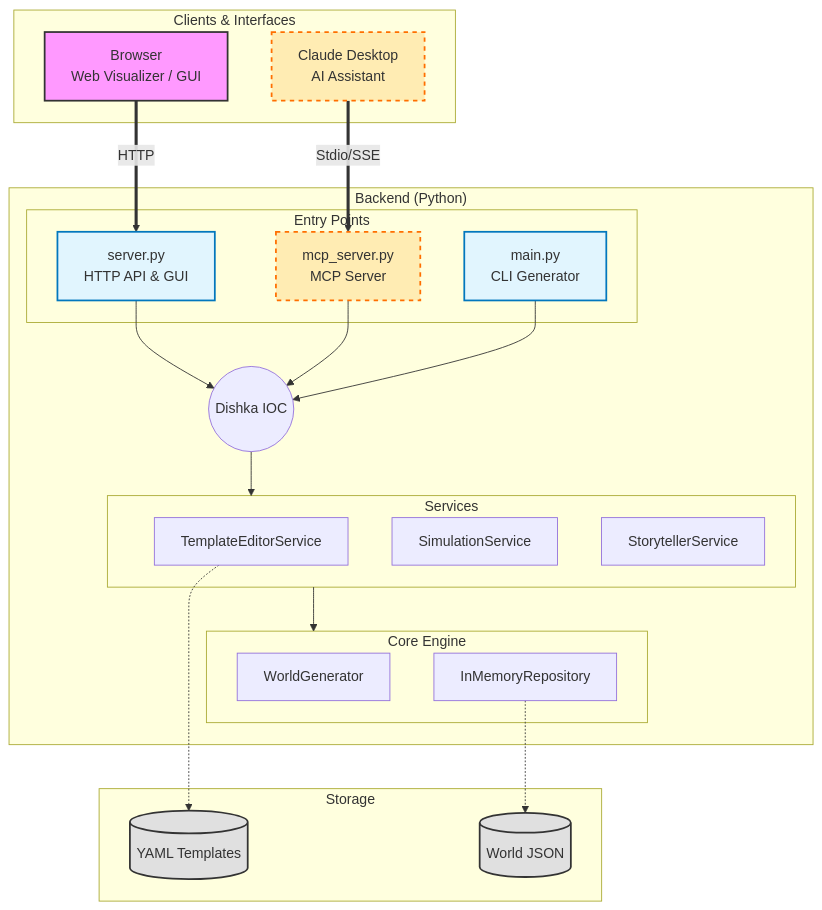
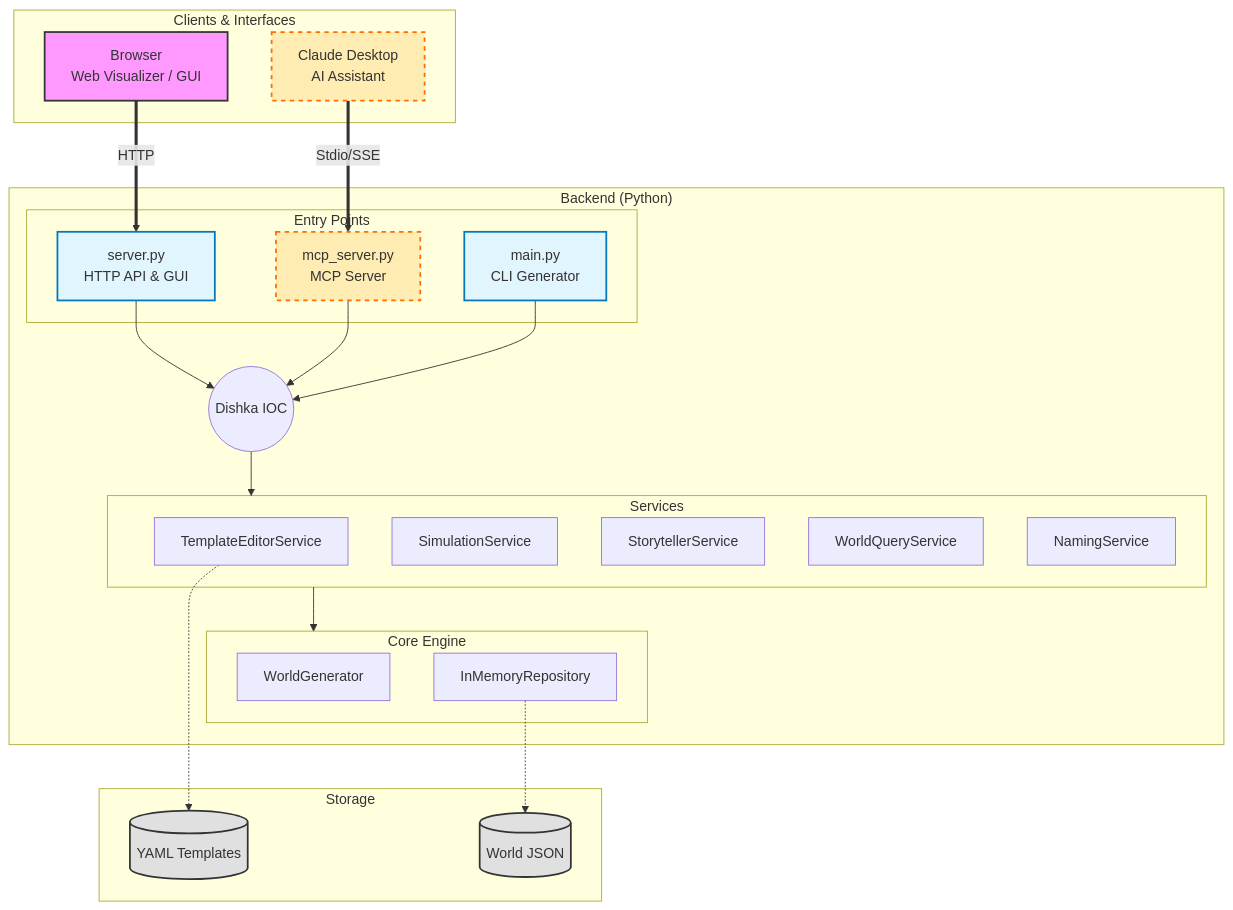
Before and after one commit to Watashicuvu/world-history-engine: the diagram in README.md, drawn with Mermaid. The commit also changed other lines of this file, not shown here.

`````diff
--- a/README.md
+++ b/README.md
@@ -30,56 +30,58 @@
 ```mermaid
 graph TD
     %% --- Styles ---
     classDef browser fill:#f9f,stroke:#333,stroke-width:2px;
     classDef mcp fill:#ffecb3,stroke:#ff6f00,stroke-width:2px,stroke-dasharray: 5 5;
     classDef storage fill:#e0e0e0,stroke:#333,stroke-width:2px;
     classDef core fill:#e1f5fe,stroke:#0277bd,stroke-width:2px;
 
     %% --- Clients ---
     subgraph Clients ["Clients & Interfaces"]
         BrowserUI[Browser<br>Web Visualizer / GUI]:::browser
         ClaudeApp[Claude Desktop<br>AI Assistant]:::mcp
     end
 
     %% --- Backend ---
     subgraph Backend ["Backend (Python)"]
         
         %% Entry Points
         subgraph EntryPoints ["Entry Points"]
             Server[server.py<br>HTTP API & GUI]:::core
             CLI[main.py<br>CLI Generator]:::core
             MCPSrv[mcp_server.py<br>MCP Server]:::mcp
         end
 
         DI((Dishka IOC))
 
         subgraph Services ["Services"]
             TES[TemplateEditorService]
             SIM_S[SimulationService]
             ST_S[StorytellerService]
+            WQS[WorldQueryService]
+            NS[NamingService]
         end
         
         %% Core Logic
         subgraph CoreEngine ["Core Engine"]
             WG[WorldGenerator]
             Repo[InMemoryRepository]
         end
 
         %% Connections
         ClaudeApp == Stdio/SSE ==> MCPSrv
         BrowserUI == HTTP ==> Server
         
         Server & MCPSrv & CLI --> DI
         DI --> Services
         Services --> CoreEngine
     end
 
     %% --- Storage ---
     subgraph Storage ["Storage"]
         YAML[(YAML Templates)]:::storage
         JSON[(World JSON)]:::storage
     end
 
     Repo -.-> JSON
     TES -.-> YAML
 ````
`````
